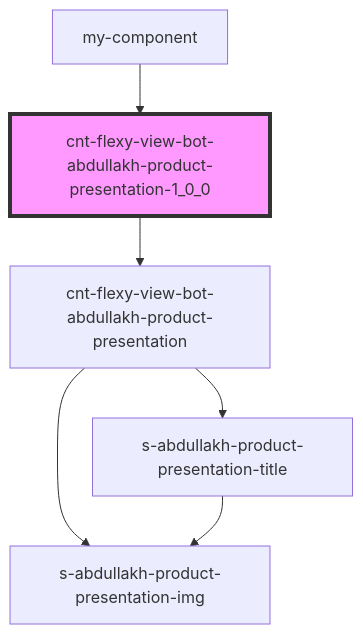
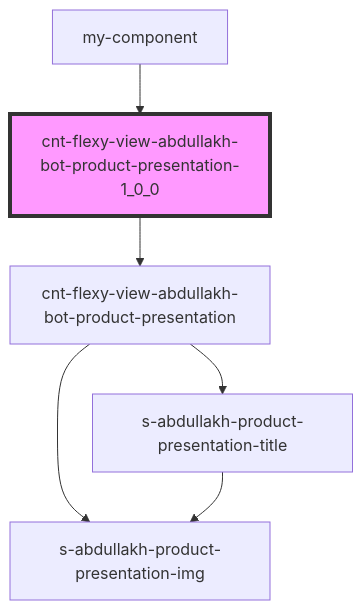
The diagram in src/components/cnt-flexy-view-abdullakh-bot-product-presentation-1_0_0/readme.md (Wokh-Dada/botdevelopmentapp), drawn with Mermaid before and after one commit. The commit also changed other lines of this file and 24 other files, not shown here.

````diff
--- a/src/components/cnt-flexy-view-abdullakh-bot-product-presentation-1_0_0/readme.md
+++ b/src/components/cnt-flexy-view-abdullakh-bot-product-presentation-1_0_0/readme.md
@@ -33,9 +34,9 @@
 ```mermaid
 graph TD;
-  cnt-flexy-view-bot-abdullakh-product-presentation-1_0_0 --> cnt-flexy-view-bot-abdullakh-product-presentation
-  cnt-flexy-view-bot-abdullakh-product-presentation --> s-abdullakh-product-presentation-img
-  cnt-flexy-view-bot-abdullakh-product-presentation --> s-abdullakh-product-presentation-title
+  cnt-flexy-view-abdullakh-bot-product-presentation-1_0_0 --> cnt-flexy-view-abdullakh-bot-product-presentation
+  cnt-flexy-view-abdullakh-bot-product-presentation --> s-abdullakh-product-presentation-img
+  cnt-flexy-view-abdullakh-bot-product-presentation --> s-abdullakh-product-presentation-title
   s-abdullakh-product-presentation-title --> s-abdullakh-product-presentation-img
-  my-component --> cnt-flexy-view-bot-abdullakh-product-presentation-1_0_0
-  style cnt-flexy-view-bot-abdullakh-product-presentation-1_0_0 fill:#f9f,stroke:#333,stroke-width:4px
+  my-component --> cnt-flexy-view-abdullakh-bot-product-presentation-1_0_0
+  style cnt-flexy-view-abdullakh-bot-product-presentation-1_0_0 fill:#f9f,stroke:#333,stroke-width:4px
 ```
````
